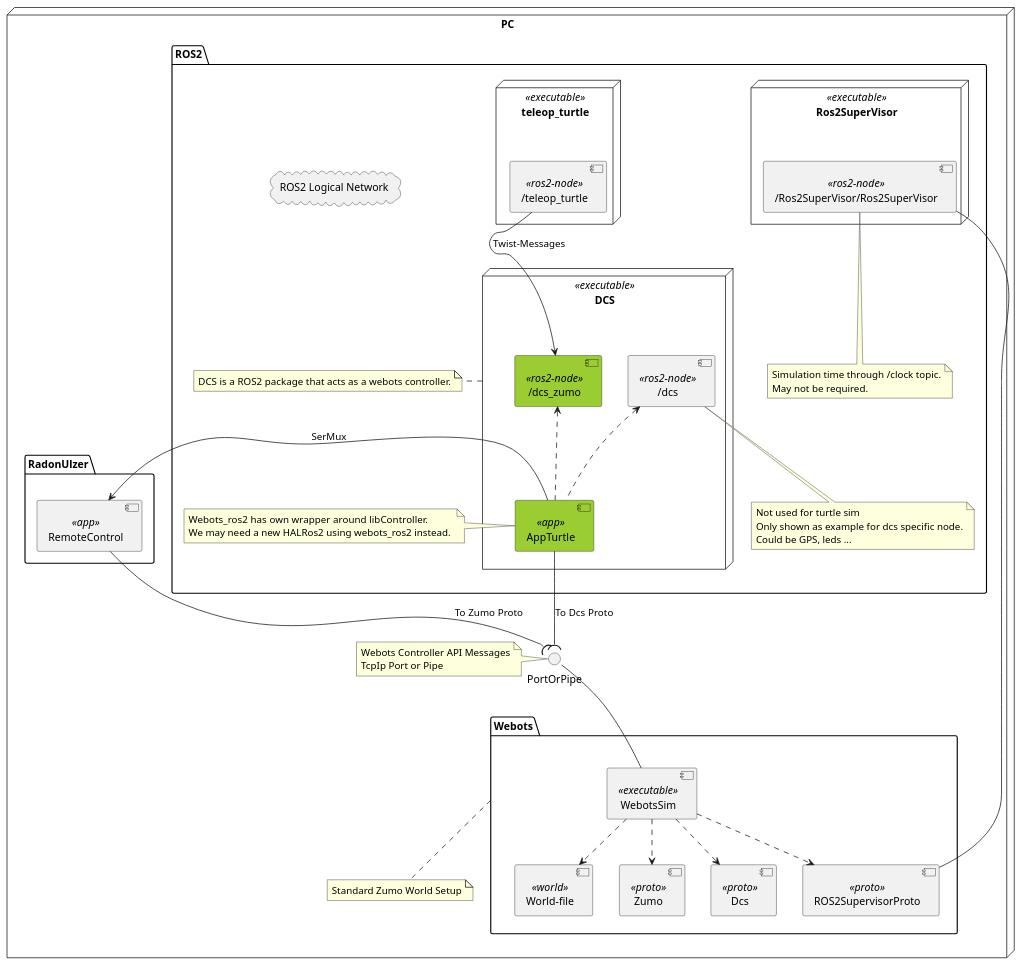
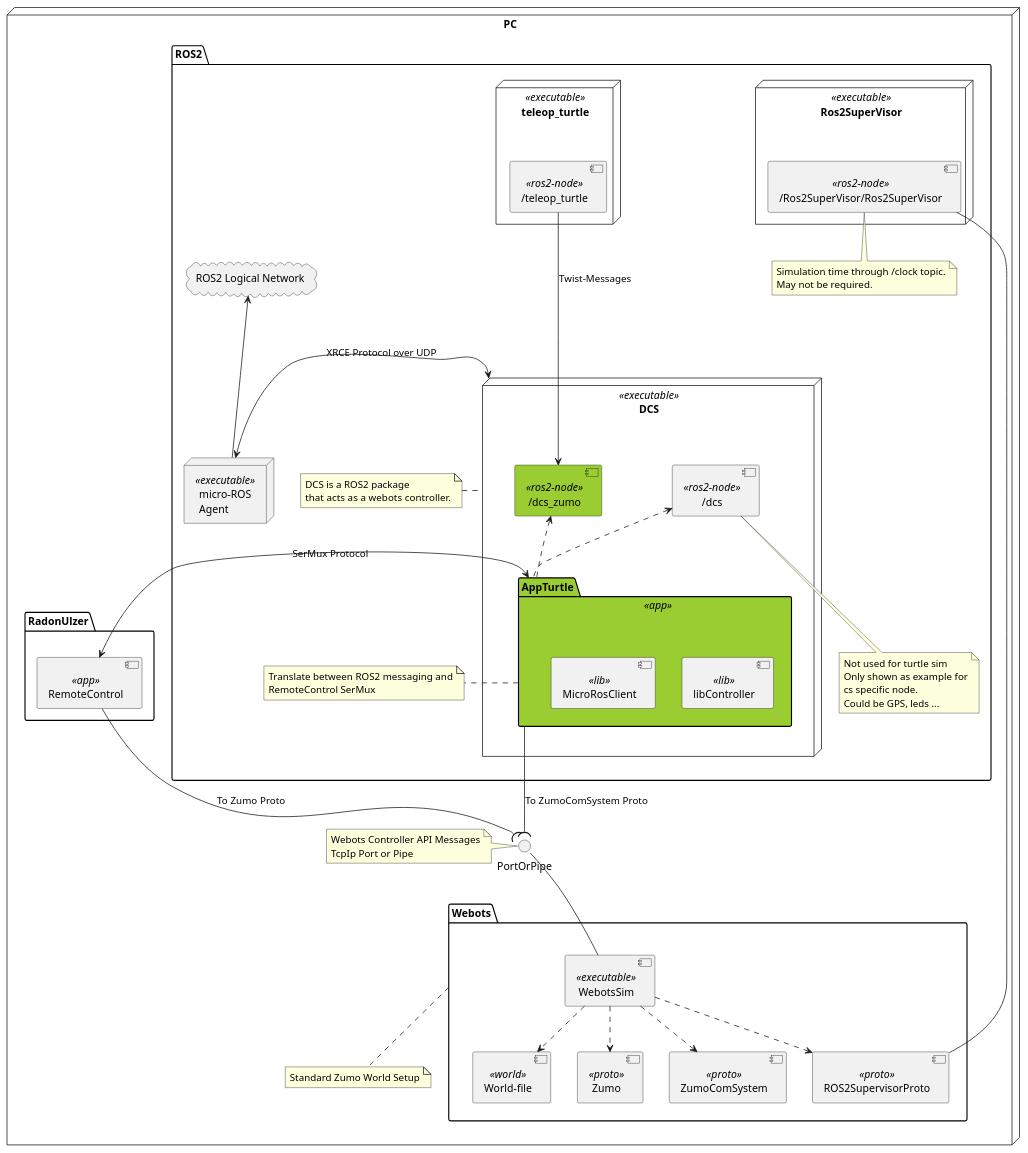
One commit to BlueAndi/DroidControlShip changed the diagram in doc/ROS2/uml/turtle_sim_webots.plantuml. Above: the diagram before and after it, drawn with PlantUML.

Commit message:
ROS: Improved webots deployment diagram
* Added XRCE Agent
* Add 3P libs for TurteApp

```diff
--- a/doc/ROS2/uml/turtle_sim_webots.plantuml
+++ b/doc/ROS2/uml/turtle_sim_webots.plantuml
@@ -1,91 +1,104 @@
 @startuml TurtleSim for DCS
 
 node "PC" as pc {
   
     package "Webots" {
         component "World-file"  <<world>> as world
         component "WebotsSim"  <<executable>> as wbsim
         component "Zumo"  <<proto>> as wbZumo
-        component "Dcs"  <<proto>> as wbDcs
+        component "ZumoComSystem"  <<proto>> as wbDcs
         component "ROS2SupervisorProto" <<proto>> as WbRos2Proto
 
         wbsim ..> world
         wbsim ..> wbZumo
         wbsim ..> wbDcs
         wbsim ..> WbRos2Proto
     }
        
     note bottom of Webots
                 Standard Zumo World Setup
     end note
 
     package "ROS2" {
         cloud "ROS2 Logical Network" as ros2LogicalNetwork
 
         node "teleop_turtle" <<executable>> as teleopTurtle {
             component "/teleop_turtle" <<ros2-node>> as teleop_turtle_node
         }
         node "DCS" <<executable>> as dcs {
-            component "AppTurtle" <<app>> as turtleApp #YellowGreen {
+            Package "AppTurtle" <<app>> as turtleApp #YellowGreen {
+
+                component "libController" <<lib>>
+                component "MicroRosClient" <<lib>>
 
             }
             component "/dcs_zumo" <<ros2-node>> as dcs_zumo_node #YellowGreen{
 
             }
             component "/dcs" <<ros2-node>> as dcs_node  {
 
             }
         }
 
         node "Ros2SuperVisor" <<executable>> as wbSuperVisorApp {
             component "/Ros2SuperVisor/Ros2SuperVisor" <<ros2-node>> as wb_ros2_supervisor
         }
+
+        node "micro-ROS\nAgent" <<executable>> as agent {
+
+        }
+
         turtleApp .u.> dcs_node
         turtleApp .u.> dcs_zumo_node
 
-        teleop_turtle_node --> dcs_zumo_node : Twist-Messages
+        teleop_turtle_node ---> dcs_zumo_node : Twist-Messages
+
+        agent -u-> ros2LogicalNetwork
+        dcs <-> agent : \n\nXRCE Protocol over UDP
 
         note bottom of dcs_node
             Not used for turtle sim
-            Only shown as example for dcs specific node.
+            Only shown as example for
+            cs specific node.
             Could be GPS, leds ...
         end note
 
         note right of turtleApp
-            Webots_ros2 has own wrapper around libController.
-            We may need a new HALRos2 using webots_ros2 instead. 
+            Translate between ROS2 messaging and
+            RemoteControl SerMux
         end note
 
-        note right of dcs
-            DCS is a ROS2 package that acts as a webots controller.
+        note left of dcs
+            DCS is a ROS2 package
+            that acts as a webots controller.
         end note
 
         note bottom of wb_ros2_supervisor
             Simulation time through /clock topic.
             May not be required.
         end note
     }
 
     Package "RadonUlzer" {
         component "RemoteControl" <<app>> as RuRcApp {
 
         }
     }
 
     interface PortOrPipe 
     note left of PortOrPipe
         Webots Controller API Messages
         TcpIp Port or Pipe
     end note
 
     cloud "ROS2 Logical Network" as ros2LogicalNetwork
 
     wbsim -u-() PortOrPipe
-    turtleApp --( PortOrPipe : To Dcs Proto
+    turtleApp --( PortOrPipe : To ZumoComSystem Proto
 
-    turtleApp --> RuRcApp : SerMux
+    turtleApp <-> RuRcApp : SerMux Protocol
     RuRcApp --( PortOrPipe : To Zumo Proto
 
     WbRos2Proto ---- wb_ros2_supervisor
 
 @enduml
```
